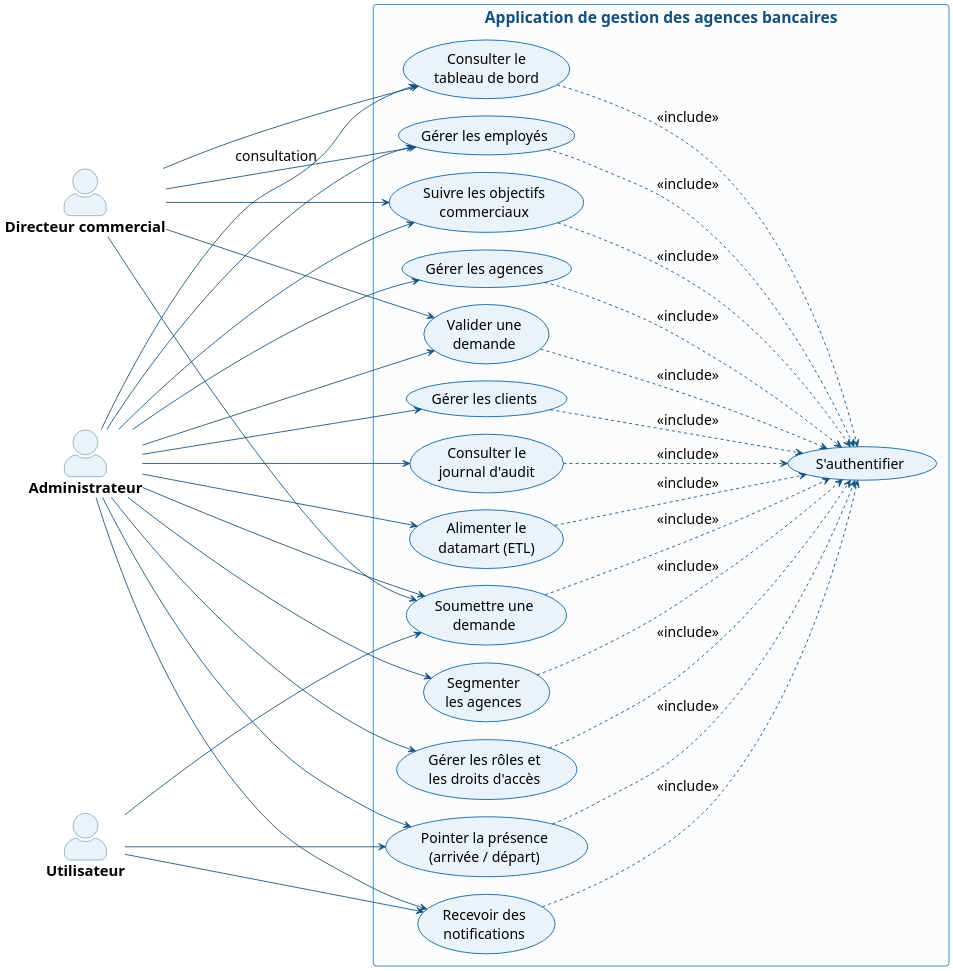
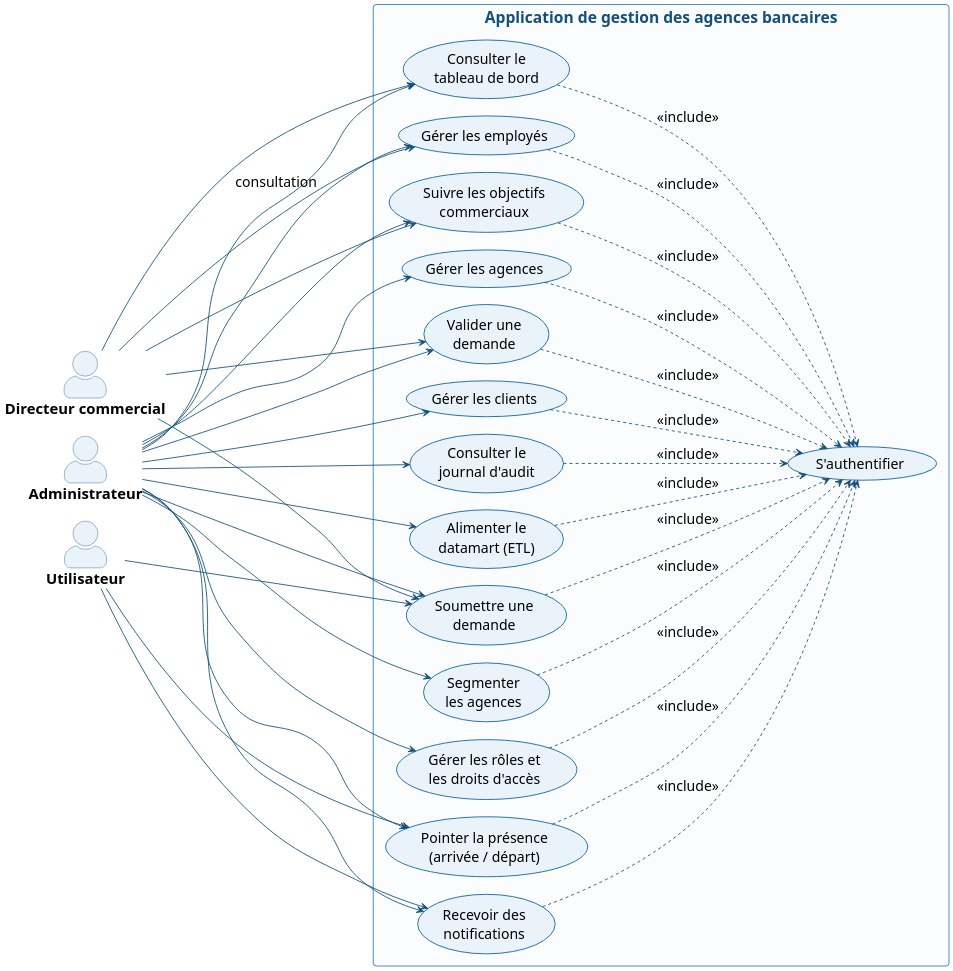
The diagram in rapport-latex/diagrams/uc_global.puml (ZizouX0/oussema_korbosli), drawn with PlantUML before and after one commit. The commit also changed 6 other files, not shown here.

First line of the commit message:
Figure 2.1 : administrateur en haut a gauche, figure seule sur sa page

```diff
--- a/rapport-latex/diagrams/uc_global.puml
+++ b/rapport-latex/diagrams/uc_global.puml
@@ -1,95 +1,102 @@
 @startuml
+' NOTE : cette source PlantUML n'est plus celle qui produit la figure 2.1.
+' graphviz place systematiquement au centre l'acteur relie aux treize cas ;
+' l'administrateur devant figurer en haut, le rendu est desormais produit par
+' clustering/gen_uc_global.py. Cette source est conservee pour reference.
 ' ============ Diagramme de cas d'utilisation global — BTK ============
 skinparam dpi 170
 skinparam shadowing false
 skinparam DefaultFontName Arial
 skinparam DefaultFontSize 18
 skinparam roundCorner 8
 left to right direction
 skinparam packageStyle rectangle
 skinparam actorStyle awesome
 skinparam ArrowColor #14507A
 skinparam ArrowThickness 1.1
 skinparam actorBorderColor #14507A
 skinparam actorBackgroundColor #EAF3FA
 skinparam actorFontStyle bold
 skinparam actorFontSize 19
 skinparam usecaseBackgroundColor #EAF3FA
 skinparam usecaseBorderColor #1B6CA8
 skinparam usecaseBorderThickness 1.2
 skinparam usecaseFontSize 18
 skinparam rectangleBackgroundColor #FBFCFE
 skinparam rectangleBorderColor #1B6CA8
 skinparam rectangleFontColor #14507A
 skinparam rectangleFontStyle bold
 skinparam rectangleFontSize 20
 skinparam nodesep 22
 skinparam ranksep 175
 
-actor "Administrateur" as ADM
-actor "Directeur commercial" as DIR
-actor "Utilisateur" as USR
+' ordre vertical des acteurs : administrateur en haut, puis directeur, puis utilisateur
+together {
+  actor "Administrateur" as ADM
+  actor "Directeur commercial" as DIR
+  actor "Utilisateur" as USR
+}
 
 rectangle "Application de gestion des agences bancaires" {
   ' --- cas propres à l'administrateur ---
   usecase "Gérer les rôles et\nles droits d'accès" as UC01
   usecase "Gérer les agences" as UC02
   usecase "Gérer les clients" as UC03
   usecase "Consulter le\njournal d'audit" as UC04
   usecase "Alimenter le\ndatamart (ETL)" as UC05
   usecase "Segmenter\nles agences" as UC06
   ' --- cas partagés avec le directeur commercial ---
   usecase "Gérer les employés" as UC07
   usecase "Suivre les objectifs\ncommerciaux" as UC08
   usecase "Valider une\ndemande" as UC09
   usecase "Consulter le\ntableau de bord" as UC10
   ' --- cas partagés avec l'utilisateur ---
   usecase "Soumettre une\ndemande" as UC11
   usecase "Pointer la présence\n(arrivée / départ)" as UC12
   usecase "Recevoir des\nnotifications" as UC13
   ' --- cas inclus par tous ---
   usecase "S'authentifier" as UC00
 }
 
 ' ===================== Administrateur : les 13 cas =====================
 ADM --> UC01
 ADM --> UC02
 ADM --> UC03
 ADM --> UC04
 ADM --> UC05
 ADM --> UC06
 ADM --> UC07
 ADM --> UC08
 ADM --> UC09
 ADM --> UC10
 ADM --> UC11
 ADM --> UC12
 ADM --> UC13
 
 ' ===================== Directeur commercial : 5 cas =====================
 DIR --> UC07 : consultation
 DIR --> UC08
 DIR --> UC09
 DIR --> UC10
 DIR --> UC11
 
 ' ===================== Utilisateur : 3 cas =====================
 USR --> UC11
 USR --> UC12
 USR --> UC13
 
 ' ===================== Relations «include» =====================
 UC01 ..> UC00 : <<include>>
 UC02 ..> UC00 : <<include>>
 UC03 ..> UC00 : <<include>>
 UC04 ..> UC00 : <<include>>
 UC05 ..> UC00 : <<include>>
 UC06 ..> UC00 : <<include>>
 UC07 ..> UC00 : <<include>>
 UC08 ..> UC00 : <<include>>
 UC09 ..> UC00 : <<include>>
 UC10 ..> UC00 : <<include>>
 UC11 ..> UC00 : <<include>>
 UC12 ..> UC00 : <<include>>
 UC13 ..> UC00 : <<include>>
 @enduml
```
